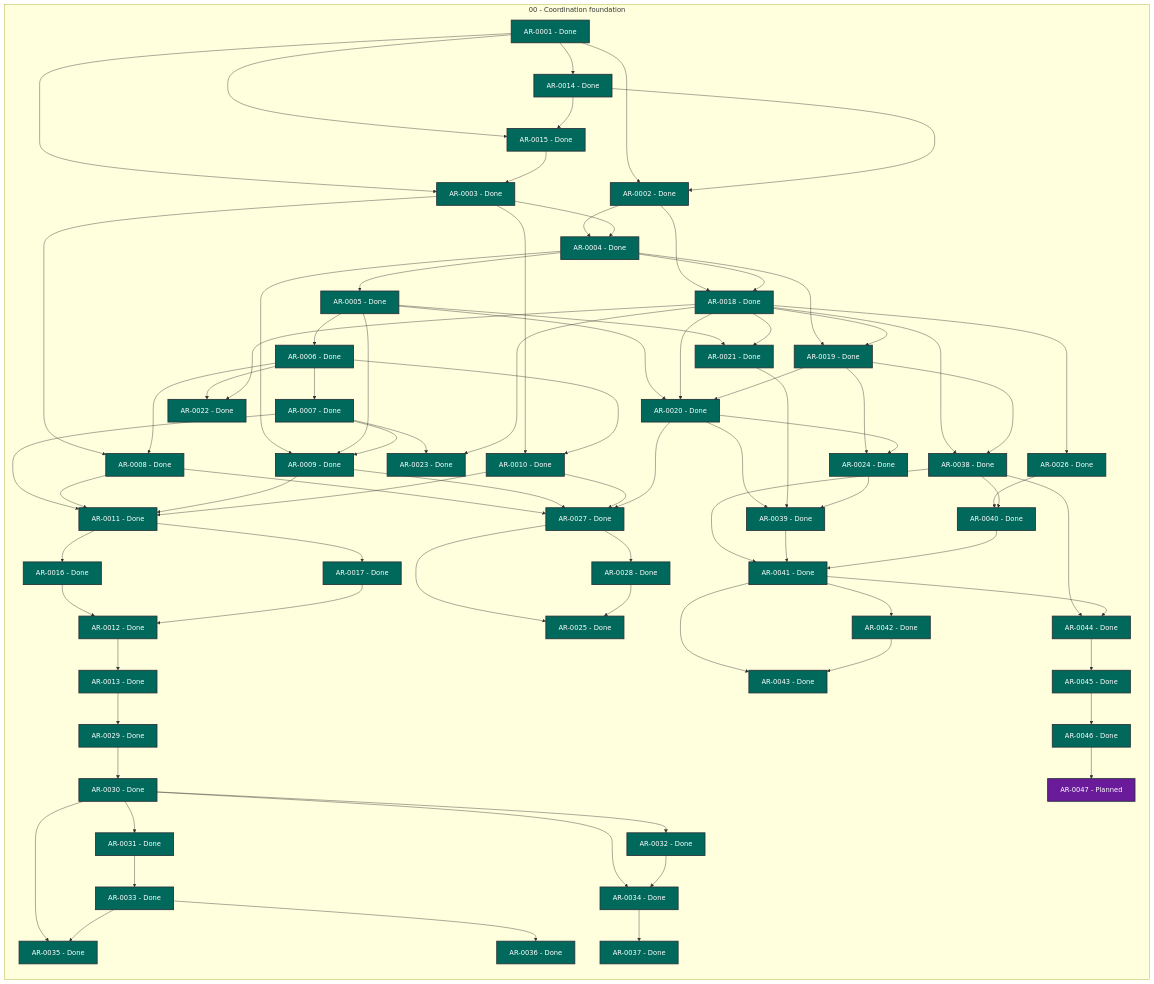
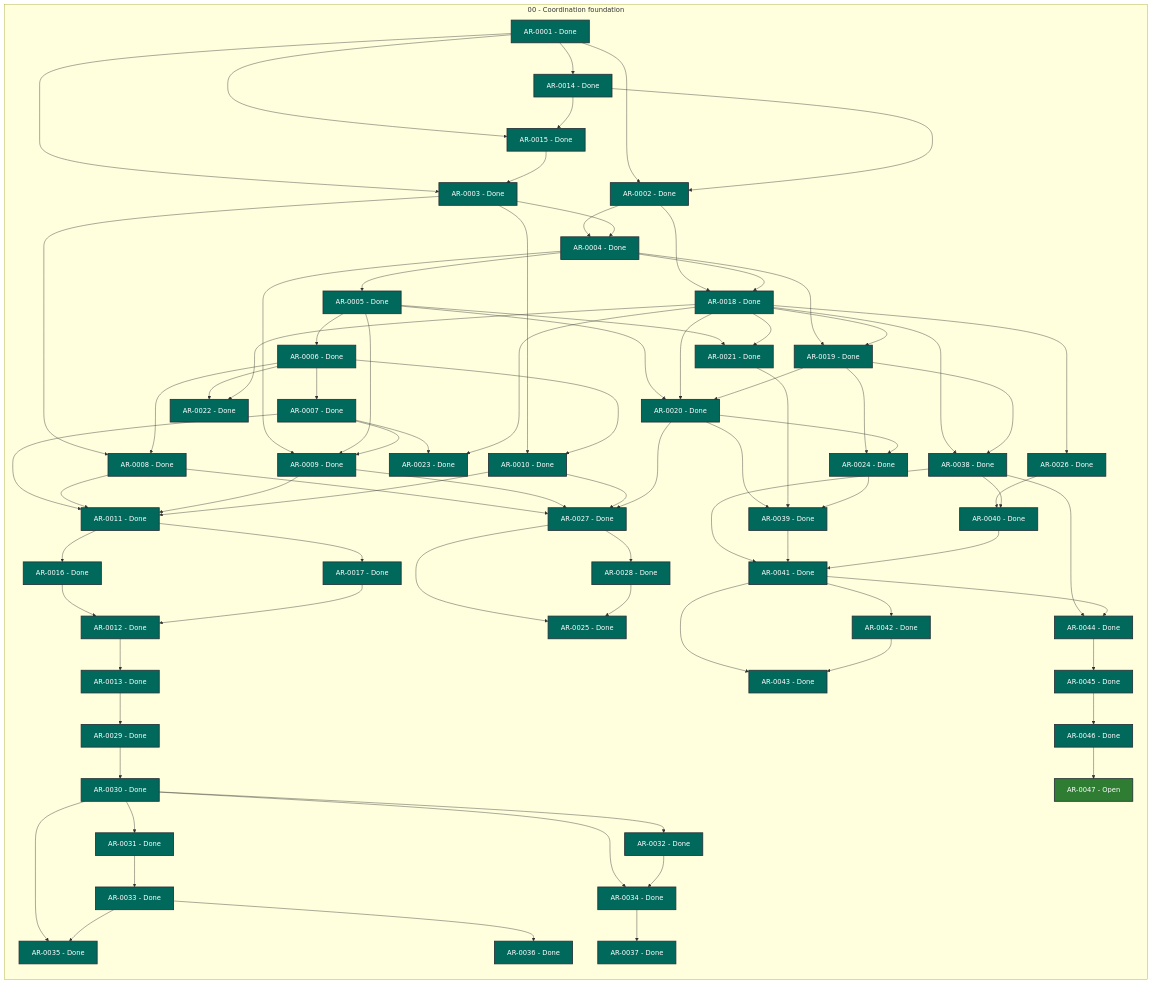
The diagram in STATUS.md (martin-beck/agent-workflow-tui-state), drawn with Mermaid before and after one commit. The commit also changed other lines of this file and 2 other files, not shown here.

```diff
--- a/STATUS.md
+++ b/STATUS.md
@@ -74,7 +74,7 @@
         AR_0044["AR-0044 - Done"]:::status_done
         AR_0045["AR-0045 - Done"]:::status_done
         AR_0046["AR-0046 - Done"]:::status_done
-        AR_0047["AR-0047 - Planned"]:::status_planned
+        AR_0047["AR-0047 - Open"]:::status_open
     end
     AR_0001 --> AR_0002
     AR_0001 --> AR_0003
```
